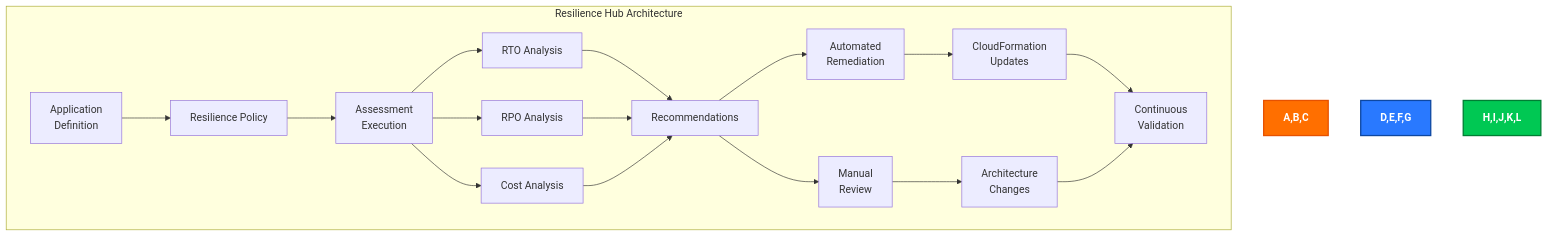
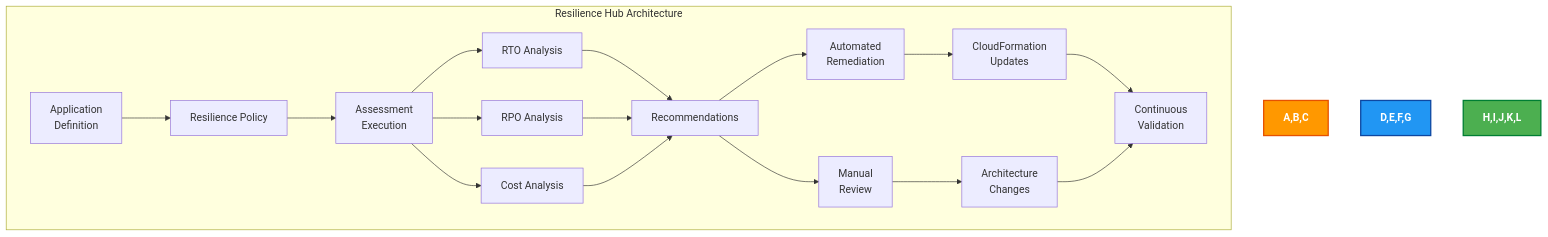
One commit to step-security-bot/cia-compliance-manager changed the ninth of 11 diagrams in docs/architecture/FUTURE_ARCHITECTURE.md. Above: the diagram before and after it, drawn with Mermaid. The commit also changed other lines of this file and 27 other files, not shown here.

First line of the commit message:
fix: resolve broken mermaid diagrams and improve color coding to match ISMS style guide (#1106)

````diff
--- a/docs/architecture/FUTURE_ARCHITECTURE.md
+++ b/docs/architecture/FUTURE_ARCHITECTURE.md
@@ -559,28 +559,28 @@
 ```mermaid
 flowchart TD
     subgraph "Resilience Hub Architecture"
         A[Application<br/>Definition] --> B[Resilience Policy]
         B --> C[Assessment<br/>Execution]
         
         C --> D[RTO Analysis]
         C --> E[RPO Analysis]
         C --> F[Cost Analysis]
         
         D --> G[Recommendations]
         E --> G
         F --> G
         
         G --> H[Automated<br/>Remediation]
         G --> I[Manual<br/>Review]
         
         H --> J[CloudFormation<br/>Updates]
         I --> K[Architecture<br/>Changes]
         
         J --> L[Continuous<br/>Validation]
         K --> L
     end
 
-    style A,B,C fill:#FF6F00,stroke:#E65100,stroke-width:2px,color:white,font-weight:bold
-    style D,E,F,G fill:#2979FF,stroke:#0D47A1,stroke-width:2px,color:white,font-weight:bold
-    style H,I,J,K,L fill:#00C853,stroke:#007E33,stroke-width:2px,color:white,font-weight:bold
+    style A,B,C fill:#FF9800,stroke:#E65100,stroke-width:2px,color:white,font-weight:bold
+    style D,E,F,G fill:#2196F3,stroke:#0D47A1,stroke-width:2px,color:white,font-weight:bold
+    style H,I,J,K,L fill:#4CAF50,stroke:#007E33,stroke-width:2px,color:white,font-weight:bold
 ```
````
